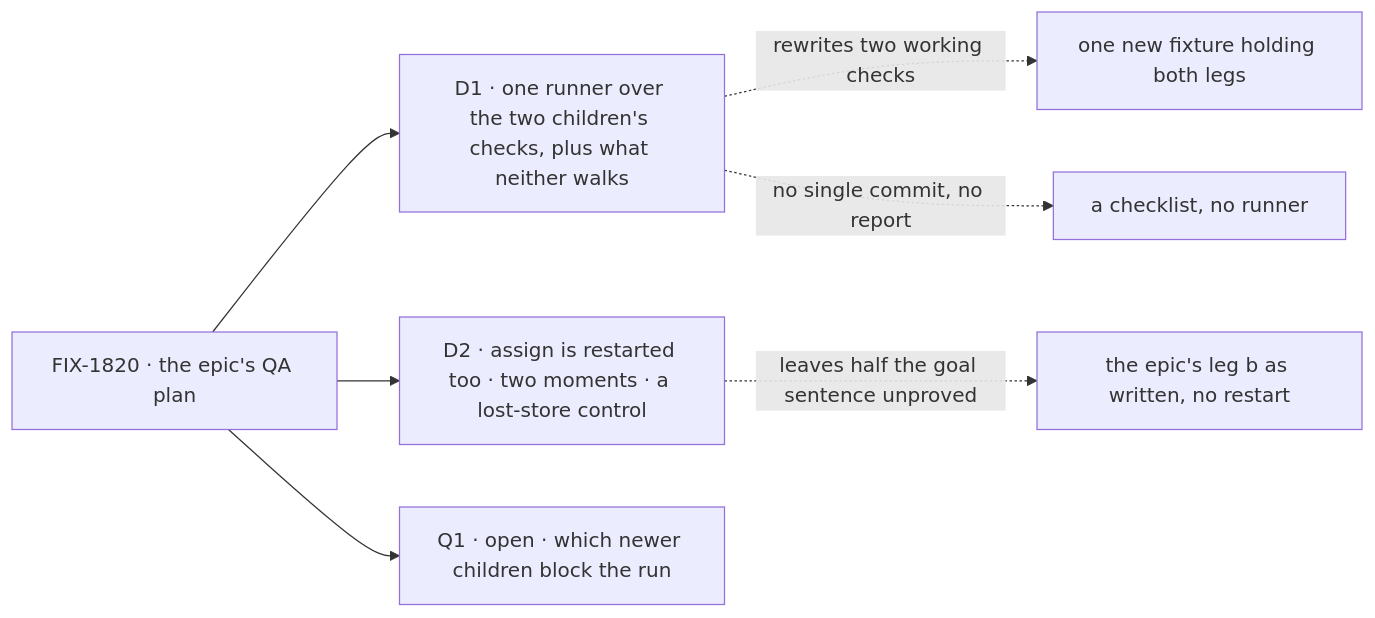
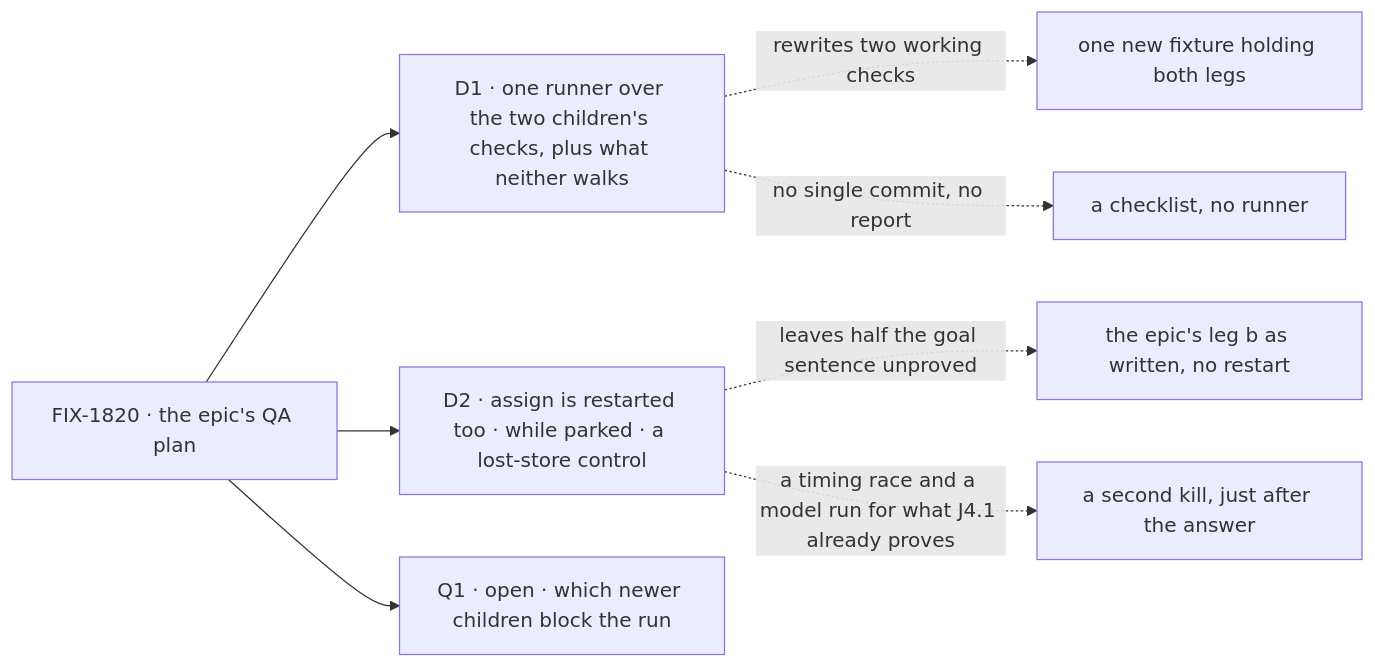
One commit to fixpoint-labs/flow-state-dev changed the diagram in specs/issues/FIX-1820/DECISIONS.md. Above: the diagram before and after it, drawn with Mermaid. The commit also changed other lines of this file and 6 other files, not shown here.

````diff
--- a/specs/issues/FIX-1820/DECISIONS.md
+++ b/specs/issues/FIX-1820/DECISIONS.md
@@ -8,9 +8,10 @@
 ```mermaid
 flowchart LR
   I["FIX-1820 · the epic's QA plan"] --> D1["D1 · one runner over the two children's checks, plus what neither walks"]
-  I --> D2["D2 · assign is restarted too · two moments · a lost-store control"]
+  I --> D2["D2 · assign is restarted too · while parked · a lost-store control"]
   I --> Q1["Q1 · open · which newer children block the run"]
   D1 -.->|"rewrites two working checks"| X1["one new fixture holding both legs"]
   D1 -.->|"no single commit, no report"| X2["a checklist, no runner"]
   D2 -.->|"leaves half the goal sentence unproved"| X3["the epic's leg b as written, no restart"]
+  D2 -.->|"a timing race and a model run for what J4.1 already proves"| X4["a second kill, just after the answer"]
 ```
````
